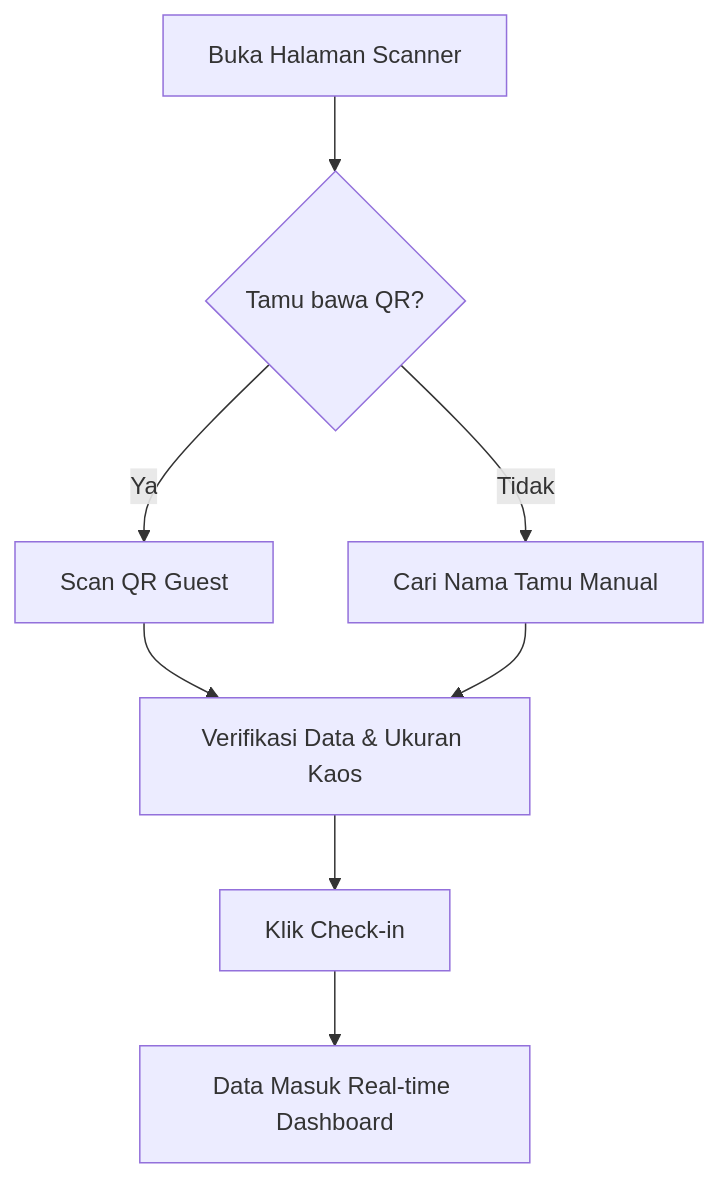
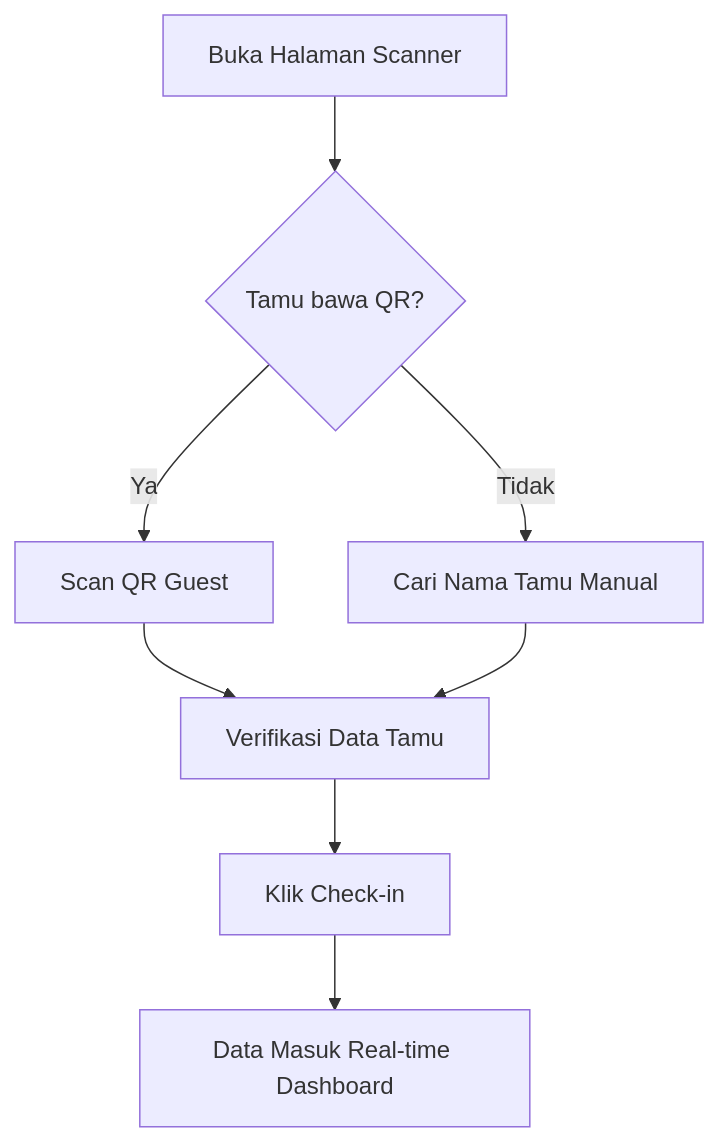
The fourth of 12 diagrams in docs/project_brief.md (bip-itteam-internal/halal-bihalal-2025), drawn with Mermaid before and after one commit. The commit also changed other lines of this file, not shown here.

````diff
--- a/docs/project_brief.md
+++ b/docs/project_brief.md
@@ -149,10 +143,10 @@
 ```mermaid
 graph TD
     S1[Buka Halaman Scanner] --> S2{Tamu bawa QR?}
     S2 -- Ya --> S3[Scan QR Guest]
     S2 -- Tidak --> S4[Cari Nama Tamu Manual]
-    S3 --> S5[Verifikasi Data & Ukuran Kaos]
+    S3 --> S5[Verifikasi Data Tamu]
     S4 --> S5
     S5 --> S6[Klik Check-in]
     S6 --> S7[Data Masuk Real-time Dashboard]
 ```
````
